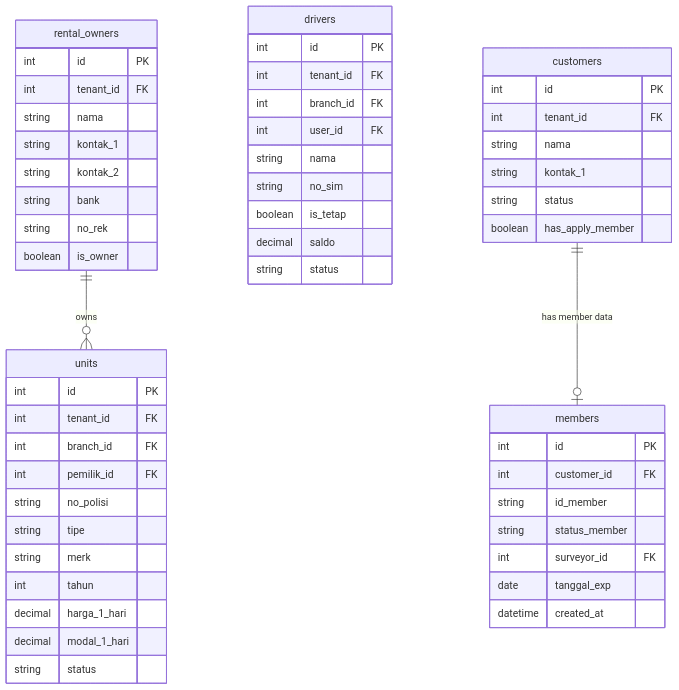
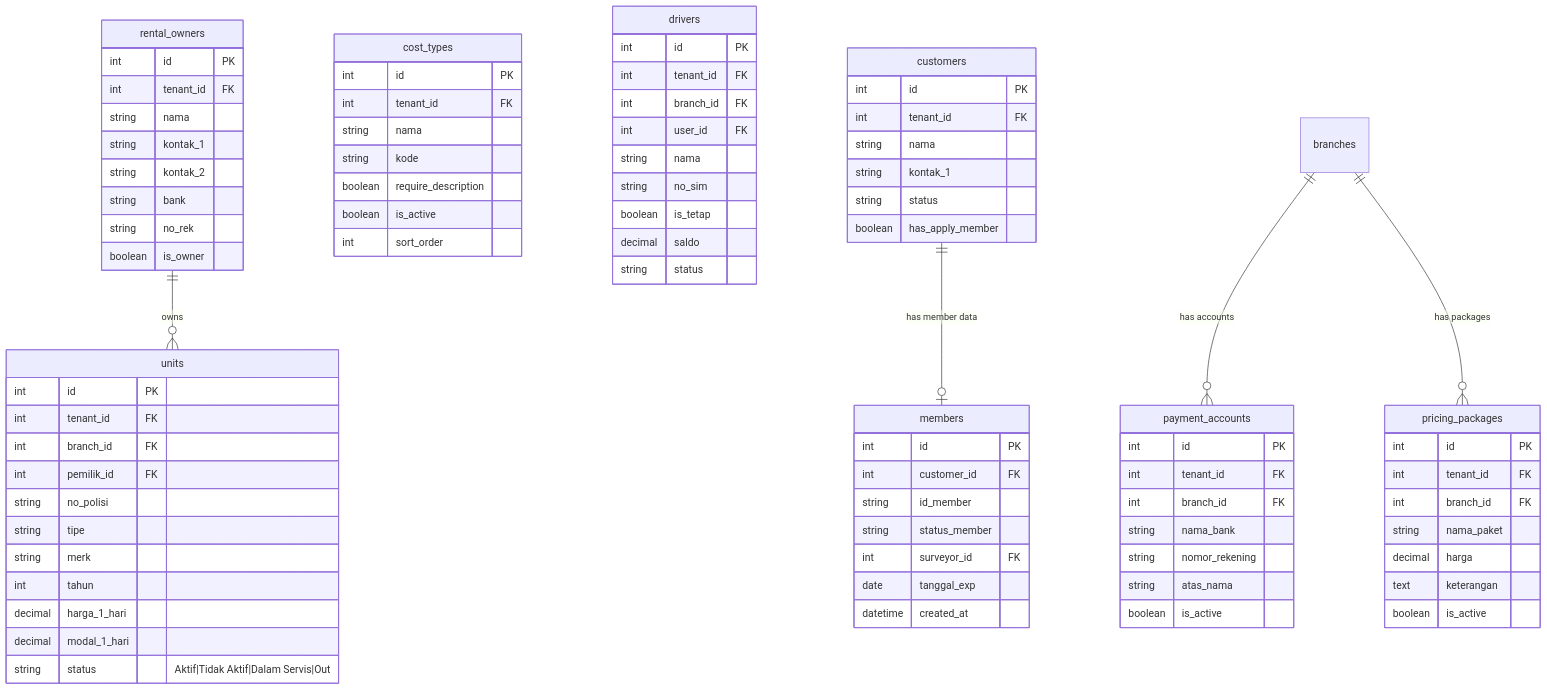
Before and after one commit to it126sig-hash/drent2: the diagram in prd/DRENT_PRD_03_data_master.md, drawn with Mermaid. The commit also changed other lines of this file and 108 other files, not shown here.

````diff
--- a/prd/DRENT_PRD_03_data_master.md
+++ b/prd/DRENT_PRD_03_data_master.md
@@ -133,7 +175,37 @@
         int tahun
         decimal harga_1_hari
         decimal modal_1_hari
-        string status
+        string status "Aktif|Tidak Aktif|Dalam Servis|Out"
+    }
+
+    payment_accounts {
+        int id PK
+        int tenant_id FK
+        int branch_id FK
+        string nama_bank
+        string nomor_rekening
+        string atas_nama
+        boolean is_active
+    }
+
+    cost_types {
+        int id PK
+        int tenant_id FK
+        string nama
+        string kode
+        boolean require_description
+        boolean is_active
+        int sort_order
+    }
+
+    pricing_packages {
+        int id PK
+        int tenant_id FK
+        int branch_id FK
+        string nama_paket
+        decimal harga
+        text keterangan
+        boolean is_active
     }
 
     drivers {
@@ -169,4 +241,6 @@
 
     rental_owners ||--o{ units : "owns"
     customers ||--o| members : "has member data"
+    branches ||--o{ payment_accounts : "has accounts"
+    branches ||--o{ pricing_packages : "has packages"
 ```
````
